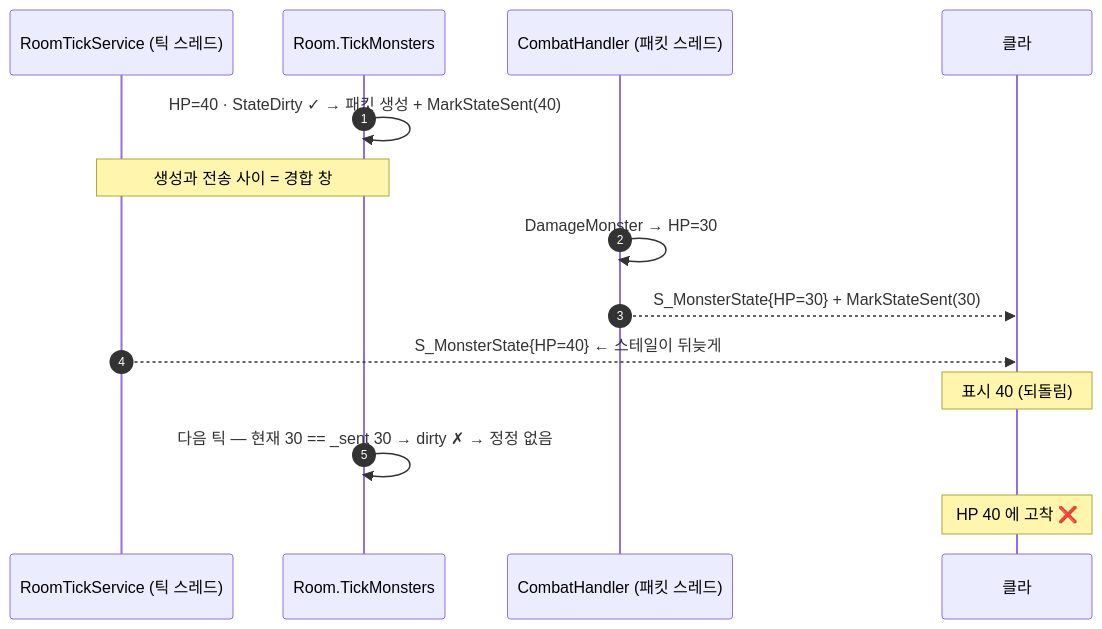
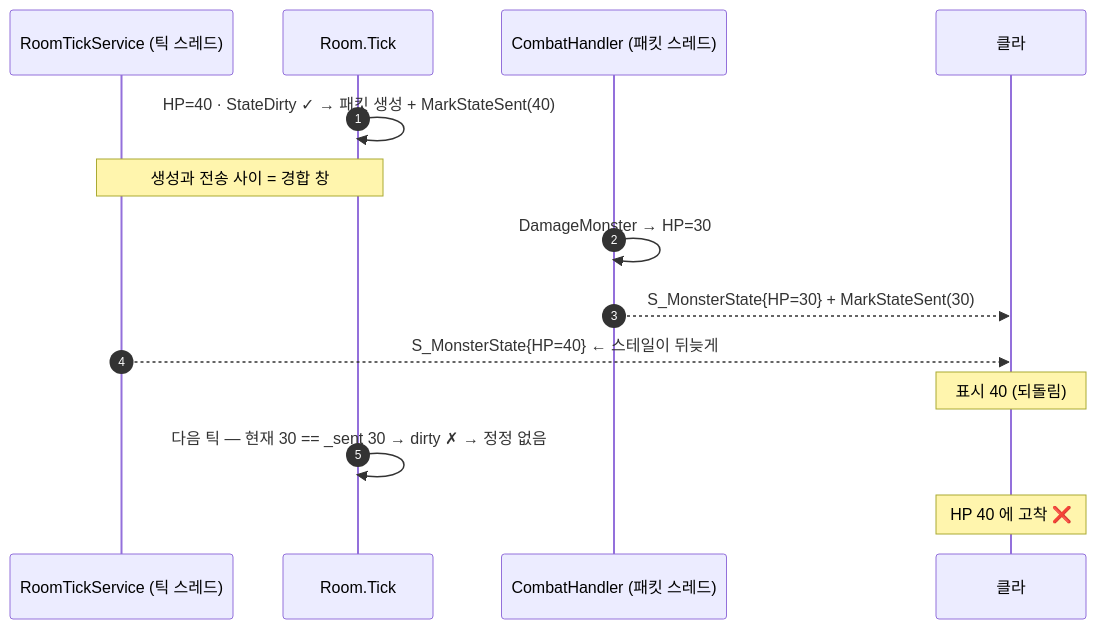
The first of 3 diagrams in docs/wiki/combat-diagnostics.md (SeoBYP/Multiplay-ActionRPG-Unity), drawn with Mermaid before and after one commit. The commit also changed other lines of this file and 89 other files, not shown here.

````diff
--- a/docs/wiki/combat-diagnostics.md
+++ b/docs/wiki/combat-diagnostics.md
@@ -25,17 +25,17 @@
 ```mermaid
 sequenceDiagram
     autonumber
     participant TS as RoomTickService (틱 스레드)
-    participant R as Room.TickMonsters
+    participant R as Room.Tick
     participant CH as CombatHandler (패킷 스레드)
     participant C as 클라
 
     R->>R: HP=40 · StateDirty ✓ → 패킷 생성 + MarkStateSent(40)
     Note over R,TS: 생성과 전송 사이 = 경합 창
     CH->>CH: DamageMonster → HP=30
     CH-->>C: S_MonsterState{HP=30} + MarkStateSent(30)
     TS-->>C: S_MonsterState{HP=40}  ← 스테일이 뒤늦게
     Note over C: 표시 40 (되돌림)
     R->>R: 다음 틱 — 현재 30 == _sent 30 → dirty ✗ → 정정 없음
     Note over C: HP 40 에 고착 ❌
 ```
````
